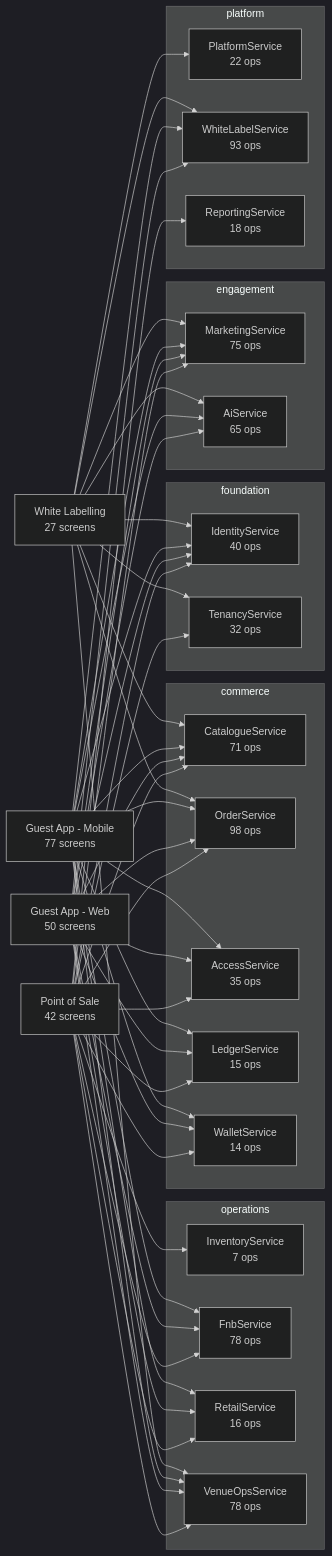
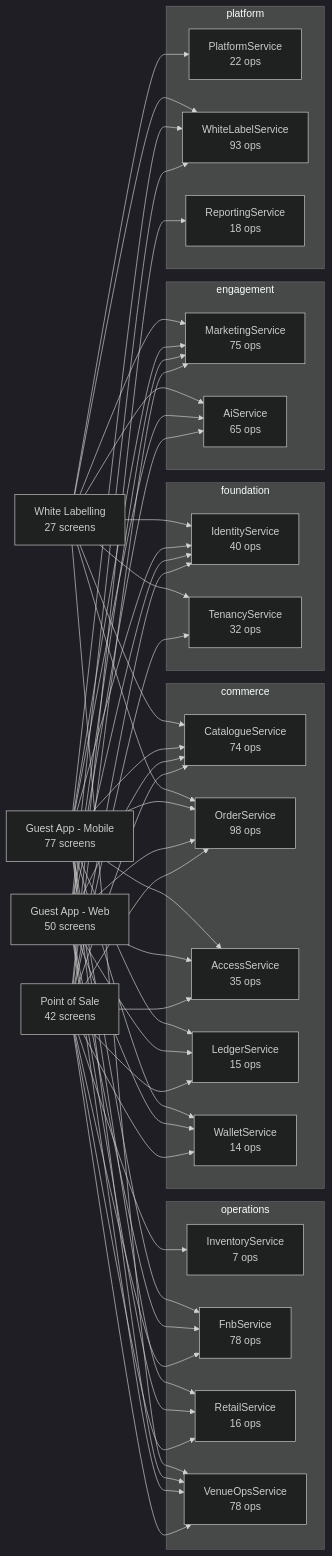
Before and after one commit to Diretide298/Solution_Architecture: the diagram in ticvai/repos/ticvai-contracts/project-bible/handoff/service-docs/README.md, drawn with Mermaid (dark theme). The commit also changed other lines of this file and 4102 other files, not shown here.

````diff
--- a/ticvai/repos/ticvai-contracts/project-bible/handoff/service-docs/README.md
+++ b/ticvai/repos/ticvai-contracts/project-bible/handoff/service-docs/README.md
@@ -9,79 +9,79 @@
 ```mermaid
 flowchart LR
   POS["Point of Sale<br/>42 screens"]
   WEB["Guest App - Web<br/>50 screens"]
   MOB["Guest App - Mobile<br/>77 screens"]
   WL["White Labelling<br/>27 screens"]
   subgraph foundation
     IdentityService["IdentityService<br/>40 ops"]
     TenancyService["TenancyService<br/>32 ops"]
   end
   subgraph commerce
-    CatalogueService["CatalogueService<br/>71 ops"]
+    CatalogueService["CatalogueService<br/>74 ops"]
     OrderService["OrderService<br/>98 ops"]
     AccessService["AccessService<br/>35 ops"]
     LedgerService["LedgerService<br/>15 ops"]
     WalletService["WalletService<br/>14 ops"]
   end
   subgraph operations
     InventoryService["InventoryService<br/>7 ops"]
     FnbService["FnbService<br/>78 ops"]
     RetailService["RetailService<br/>16 ops"]
     VenueOpsService["VenueOpsService<br/>78 ops"]
   end
   subgraph engagement
     MarketingService["MarketingService<br/>75 ops"]
     AiService["AiService<br/>65 ops"]
   end
   subgraph platform
     PlatformService["PlatformService<br/>22 ops"]
     WhiteLabelService["WhiteLabelService<br/>93 ops"]
     ReportingService["ReportingService<br/>18 ops"]
   end
   POS --> OrderService
   WEB --> OrderService
   MOB --> OrderService
   WL --> OrderService
   POS --> FnbService
   WEB --> FnbService
   MOB --> FnbService
   POS --> CatalogueService
   WEB --> CatalogueService
   MOB --> CatalogueService
   WL --> CatalogueService
   POS --> AccessService
   WEB --> AccessService
   MOB --> AccessService
   WL --> PlatformService
   POS --> MarketingService
   WEB --> MarketingService
   MOB --> MarketingService
   WL --> MarketingService
   POS --> VenueOpsService
   WEB --> VenueOpsService
   MOB --> VenueOpsService
   WL --> VenueOpsService
   POS --> TenancyService
   WL --> TenancyService
   POS --> ReportingService
   WEB --> WhiteLabelService
   MOB --> WhiteLabelService
   WL --> WhiteLabelService
   POS --> InventoryService
   POS --> IdentityService
   WEB --> IdentityService
   MOB --> IdentityService
   WL --> IdentityService
   POS --> RetailService
   WEB --> RetailService
   MOB --> RetailService
   WEB --> AiService
   MOB --> AiService
   WL --> AiService
   POS --> LedgerService
   WEB --> LedgerService
   MOB --> LedgerService
   POS --> WalletService
   WEB --> WalletService
   MOB --> WalletService
 ```
````
